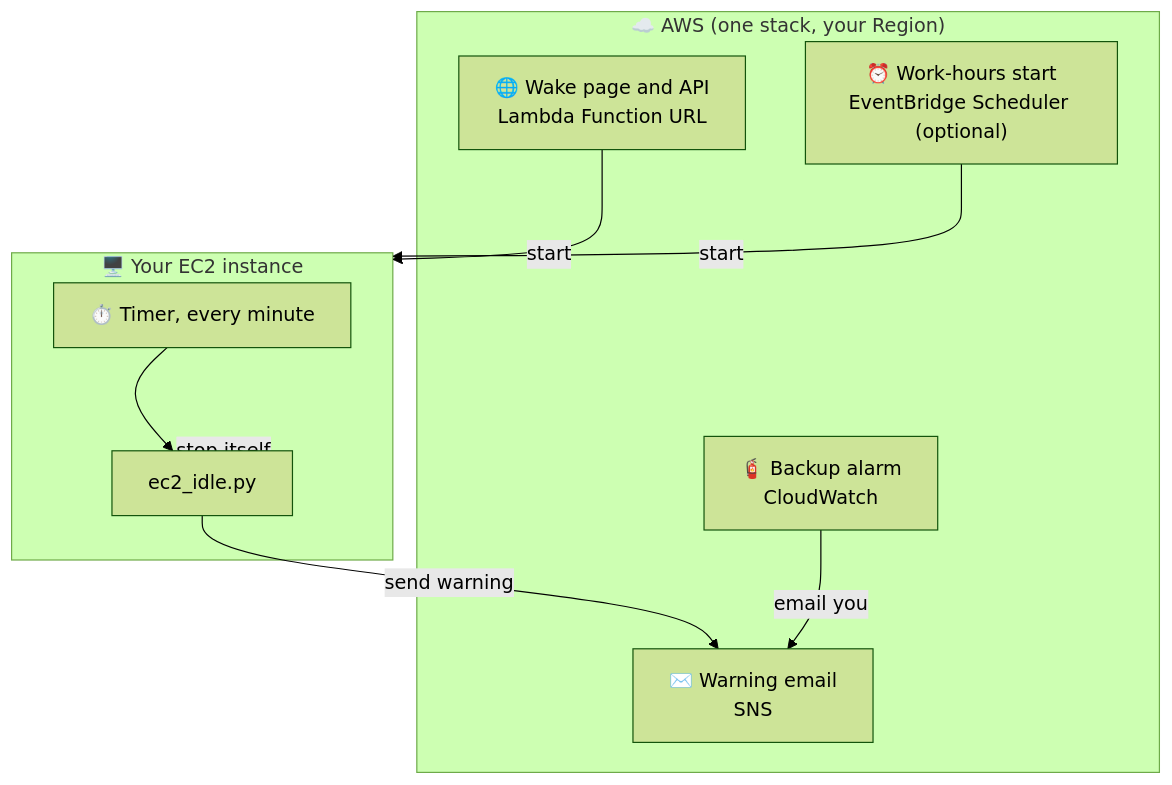
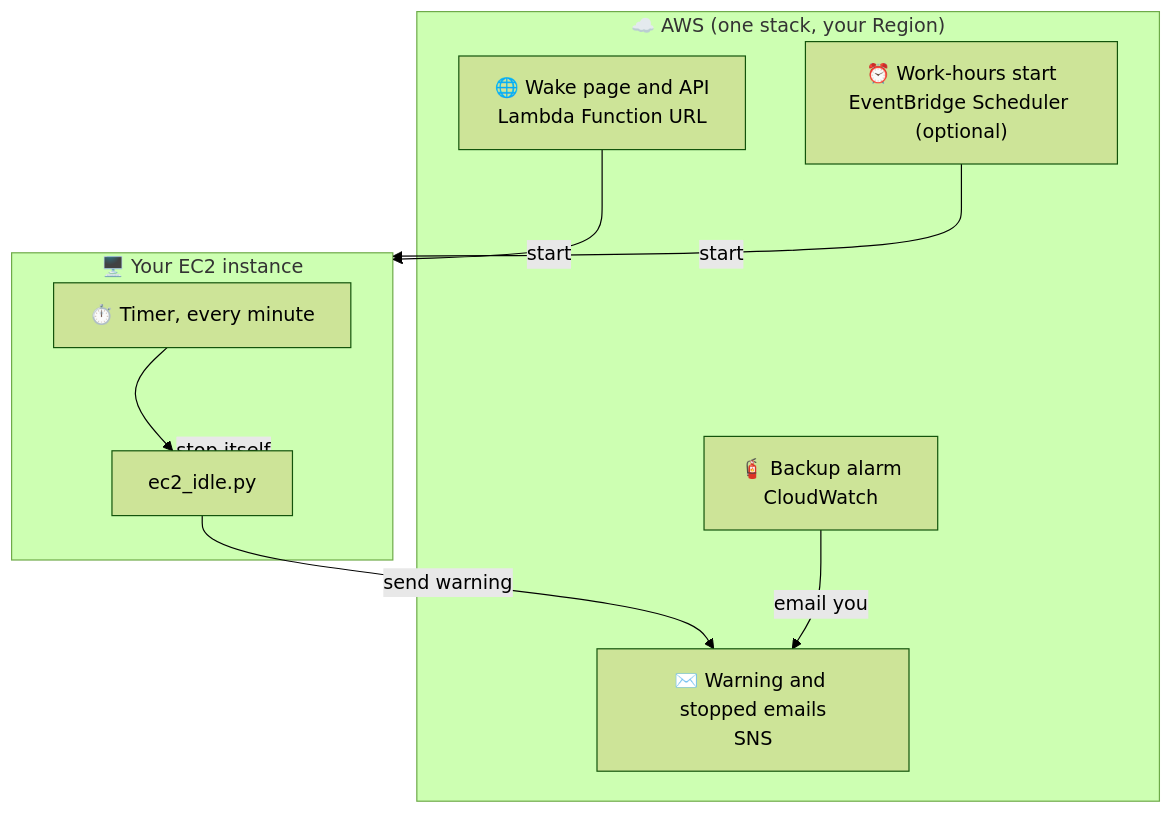
The first of 3 diagrams in WORKFLOW.md (manojvermamv/ec2-idle-stop-wake), drawn with Mermaid (forest theme) before and after one commit. The commit also changed other lines of this file and 13 other files, not shown here.

````diff
--- a/WORKFLOW.md
+++ b/WORKFLOW.md
@@ -29,17 +29,17 @@
 ```mermaid
 flowchart TB
     subgraph Cloud["☁️ AWS (one stack, your Region)"]
         URL["🌐 Wake page and API<br/>Lambda Function URL"]
         SCH["⏰ Work-hours start<br/>EventBridge Scheduler (optional)"]
-        SNS["✉️ Warning email<br/>SNS"]
+        SNS["✉️ Warning and stopped emails<br/>SNS"]
         CW["🧯 Backup alarm<br/>CloudWatch"]
     end
     subgraph Box["🖥️ Your EC2 instance"]
         TIMER["⏱️ Timer, every minute"] --> PY["ec2_idle.py"]
     end
     URL -->|start| Box
     SCH -->|start| Box
     PY -->|send warning| SNS
     PY -->|stop itself| Box
     CW -->|email you| SNS
 ```
````
